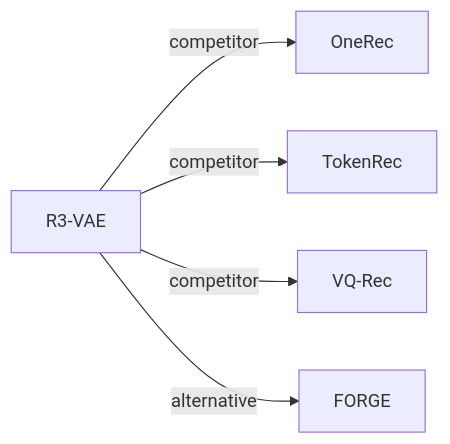
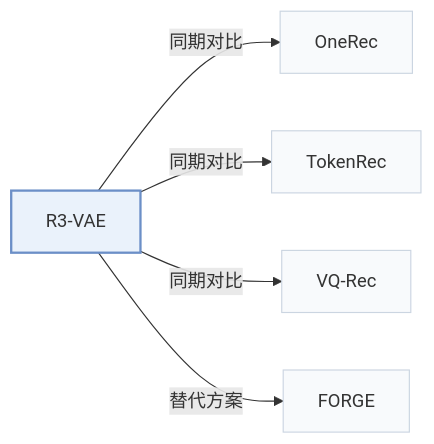
The second of 2 diagrams in pages/zh/papers/r3-vae.md (Galaxy-ghost/Awesome-SID-Generative-Rec), drawn with Mermaid before and after one commit. The commit also changed other lines of this file and 649 other files, not shown here.

Commit message:
writer-05: also tags and modality index (schema, check, build, visuals); summary field removed; calibration data for 12 papers

````diff
--- a/pages/zh/papers/r3-vae.md
+++ b/pages/zh/papers/r3-vae.md
@@ -68,8 +73,12 @@
 ```mermaid
 flowchart LR
     P["R3-VAE"]
-    P -->|competitor| A["OneRec"]
-    P -->|competitor| B["TokenRec"]
-    P -->|competitor| C["VQ-Rec"]
-    P -->|alternative| D["FORGE"]
+    P -->|"同期对比"| A["OneRec"]
+    P -->|"同期对比"| B["TokenRec"]
+    P -->|"同期对比"| C["VQ-Rec"]
+    P -->|"替代方案"| D["FORGE"]
+    classDef main fill:#eaf2fb,stroke:#6b8fc7,stroke-width:2px
+    classDef peer fill:#f8fafc,stroke:#cbd5e1
+    class P main
+    class A,B,C,D peer
 ```
````
